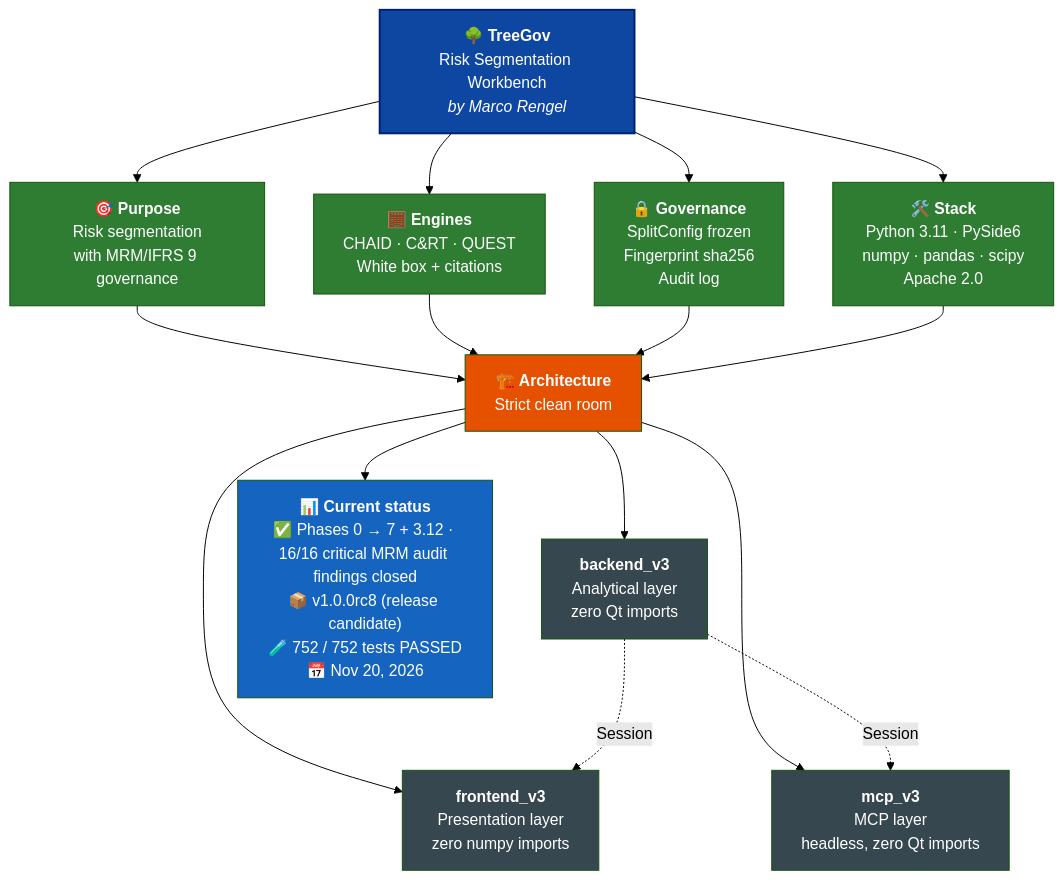
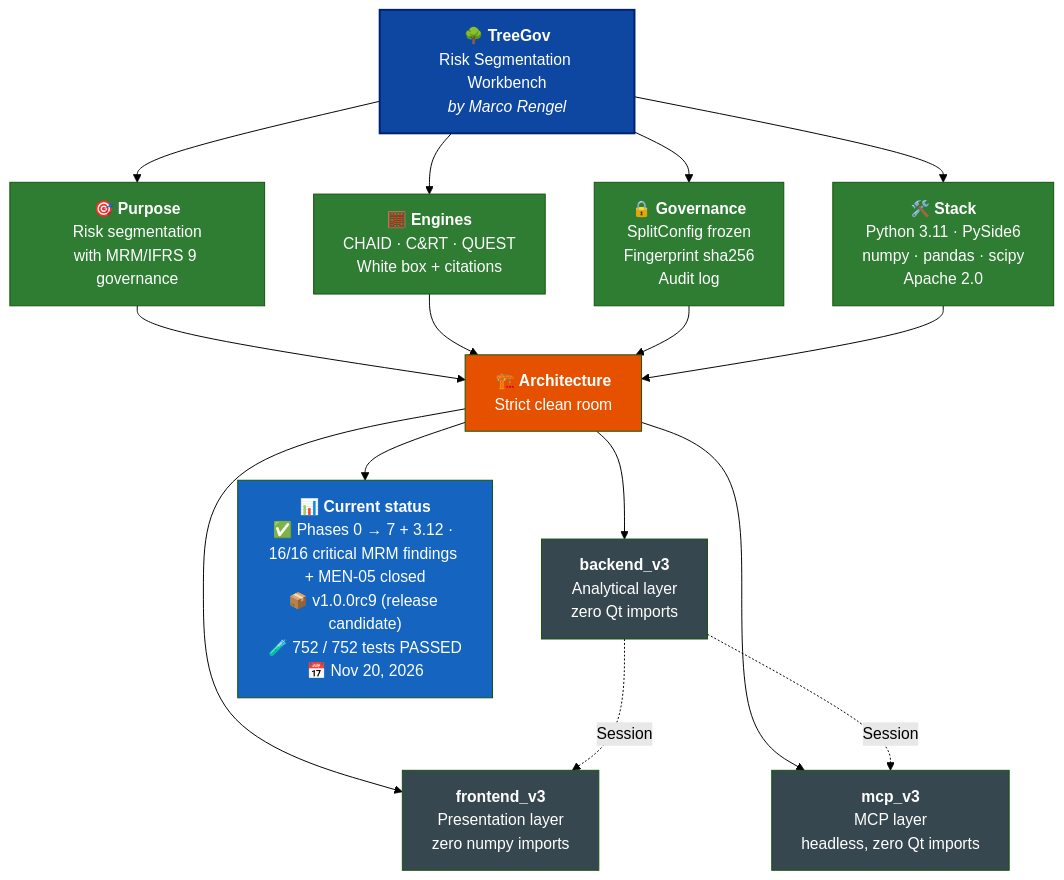
The diagram in README.md (Marco-Rengel/treegov), drawn with Mermaid (forest theme) before and after one commit. The commit also changed other lines of this file and 33 other files, not shown here.

````diff
--- a/README.md
+++ b/README.md
@@ -38,34 +38,34 @@
 ```mermaid
 flowchart TB
     TG["<b>🌳 TreeGov</b><br/>Risk Segmentation Workbench<br/><i>by Marco Rengel</i>"]
 
     TG --> P["<b>🎯 Purpose</b><br/>Risk segmentation<br/>with MRM/IFRS 9 governance"]
     TG --> M["<b>🧮 Engines</b><br/>CHAID · C&RT · QUEST<br/>White box + citations"]
     TG --> G["<b>🔒 Governance</b><br/>SplitConfig frozen<br/>Fingerprint sha256<br/>Audit log"]
     TG --> S["<b>🛠️ Stack</b><br/>Python 3.11 · PySide6<br/>numpy · pandas · scipy<br/>Apache 2.0"]
 
     P --> ARQ["<b>🏗️ Architecture</b><br/>Strict clean room"]
     M --> ARQ
     G --> ARQ
     S --> ARQ
 
     ARQ --> BE["<b>backend_v3</b><br/>Analytical layer<br/>zero Qt imports"]
     ARQ --> FE["<b>frontend_v3</b><br/>Presentation layer<br/>zero numpy imports"]
     ARQ --> MC["<b>mcp_v3</b><br/>MCP layer<br/>headless, zero Qt imports"]
 
     BE -.->|Session| FE
     BE -.->|Session| MC
 
-    ARQ --> ST["<b>📊 Current status</b><br/>✅ Phases 0 → 7 + 3.12 · 16/16 critical MRM audit findings closed<br/>📦 v1.0.0rc8 (release candidate)<br/>🧪 752 / 752 tests PASSED<br/>📅 Nov 20, 2026"]
+    ARQ --> ST["<b>📊 Current status</b><br/>✅ Phases 0 → 7 + 3.12 · 16/16 critical MRM findings + MEN-05 closed<br/>📦 v1.0.0rc9 (release candidate)<br/>🧪 752 / 752 tests PASSED<br/>📅 Nov 20, 2026"]
 
     style TG fill:#0D47A1,color:#fff,stroke:#002171,stroke-width:2px
     style P fill:#2E7D32,color:#fff
     style M fill:#2E7D32,color:#fff
     style G fill:#2E7D32,color:#fff
     style S fill:#2E7D32,color:#fff
     style ARQ fill:#E65100,color:#fff
     style BE fill:#37474F,color:#fff
     style FE fill:#37474F,color:#fff
     style MC fill:#37474F,color:#fff
     style ST fill:#1565C0,color:#fff
 ```
````
